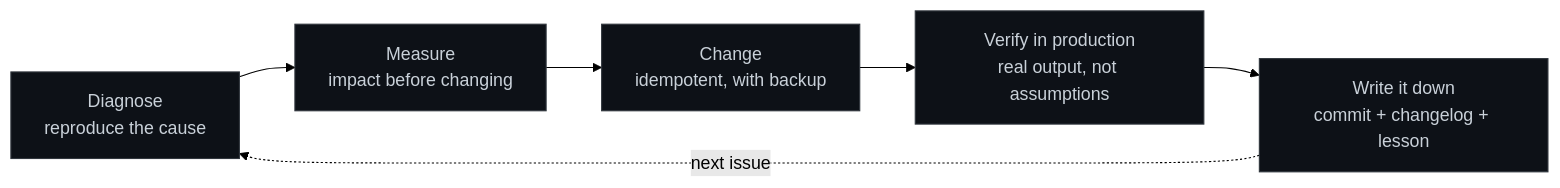
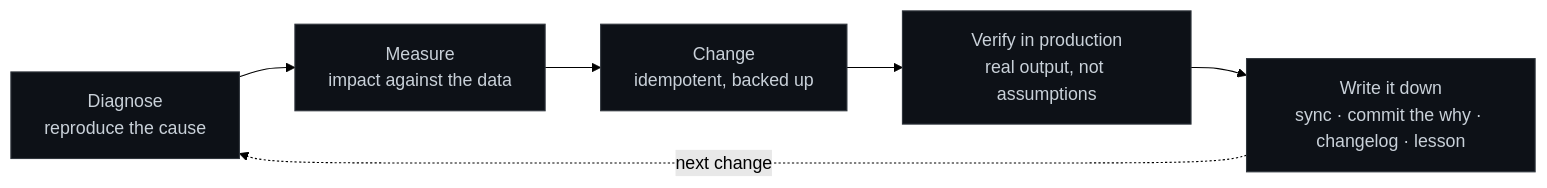
Before and after one commit to miguelmoga2002-alt/market-intelligence-agent: the second of 2 diagrams in docs/architecture.md, drawn with Mermaid (forest theme). The commit also changed other lines of this file and 6 other files, not shown here.

````diff
--- a/docs/architecture.md
+++ b/docs/architecture.md
@@ -91,10 +134,10 @@
 ```mermaid
 flowchart LR
-    D["Diagnose<br/>reproduce the cause"] --> M["Measure<br/>impact before changing"]
-    M --> C["Change<br/>idempotent, with backup"]
+    D["Diagnose<br/>reproduce the cause"] --> M["Measure<br/>impact against the data"]
+    M --> C["Change<br/>idempotent, backed up"]
     C --> V["Verify in production<br/>real output, not assumptions"]
-    V --> W["Write it down<br/>commit + changelog + lesson"]
-    W -. next issue .-> D
+    V --> W["Write it down<br/>sync · commit the why · changelog · lesson"]
+    W -. next change .-> D
     classDef s fill:#0d1117,stroke:#30363d,color:#c9d1d9;
     class D,M,C,V,W s;
 ```
````
